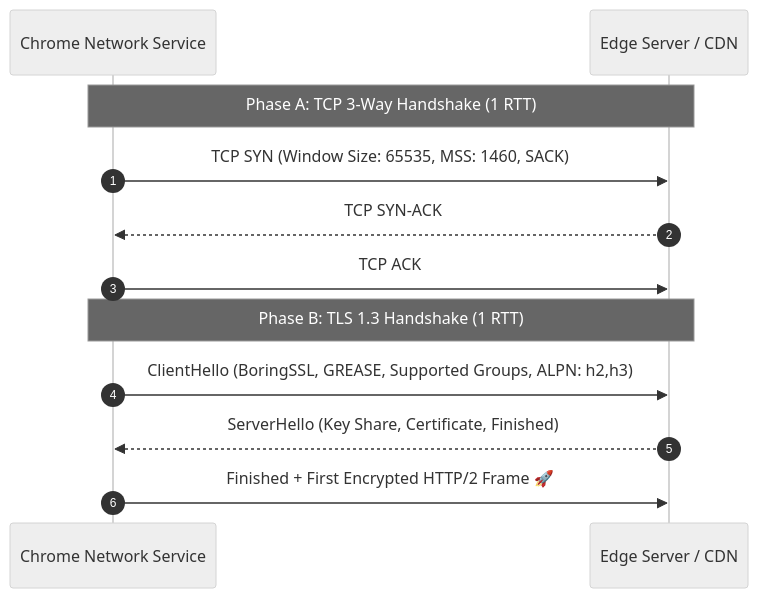
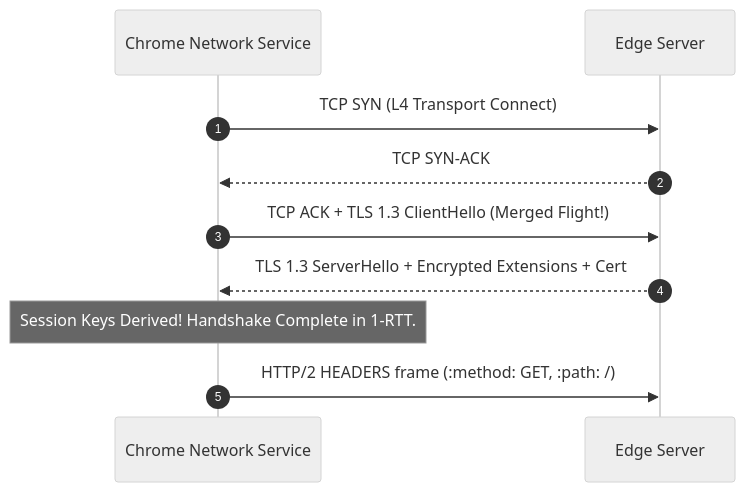
One commit to naimurhasan/naimurhasan.github.io changed the third of 4 diagrams in _posts/2026-08-27-what-happens-after-you-enter-a-url-in-chrome.md. Above: the diagram before and after it, drawn with Mermaid (neutral theme). The commit also changed other lines of this file and 23 other files, not shown here.

````diff
--- a/_posts/2026-08-27-what-happens-after-you-enter-a-url-in-chrome.md
+++ b/_posts/2026-08-27-what-happens-after-you-enter-a-url-in-chrome.md
@@ -184,16 +69,13 @@
 ```mermaid
 sequenceDiagram
   autonumber
   participant Chrome as Chrome Network Service
-  participant Gateway as Edge Server / CDN
+  participant Server as Edge Server
 
-  Note over Chrome,Gateway: Phase A: TCP 3-Way Handshake (1 RTT)
-  Chrome->>Gateway: TCP SYN (Window Size: 65535, MSS: 1460, SACK)
-  Gateway-->>Chrome: TCP SYN-ACK
-  Chrome->>Gateway: TCP ACK
-
-  Note over Chrome,Gateway: Phase B: TLS 1.3 Handshake (1 RTT)
-  Chrome->>Gateway: ClientHello (BoringSSL, GREASE, Supported Groups, ALPN: h2,h3)
-  Gateway-->>Chrome: ServerHello (Key Share, Certificate, Finished)
-  Chrome->>Gateway: Finished + First Encrypted HTTP/2 Frame 🚀
+  Chrome->>Server: TCP SYN (L4 Transport Connect)
+  Server-->>Chrome: TCP SYN-ACK
+  Chrome->>Server: TCP ACK + TLS 1.3 ClientHello (Merged Flight!)
+  Server-->>Chrome: TLS 1.3 ServerHello + Encrypted Extensions + Cert
+  Note over Chrome: Session Keys Derived! Handshake Complete in 1-RTT.
+  Chrome->>Server: HTTP/2 HEADERS frame (:method: GET, :path: /)
 ```
````
